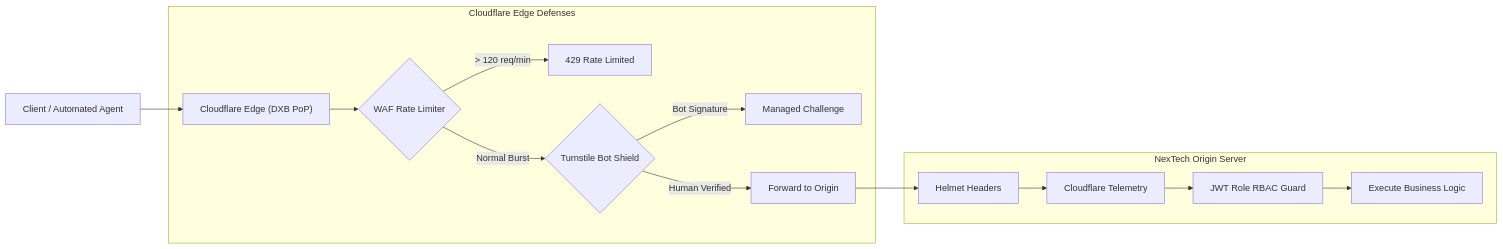
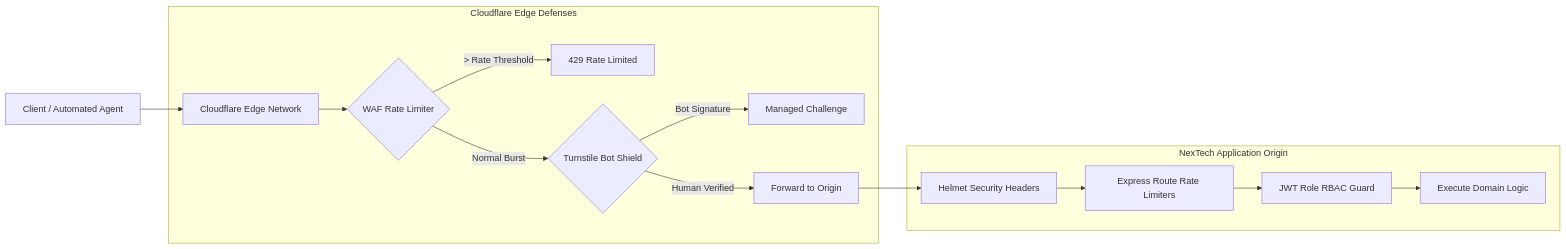
Before and after one commit to gl1tch0x1/NexTechSystem: the third of 8 diagrams in README.md, drawn with Mermaid. The commit also changed other lines of this file, not shown here.

````diff
--- a/README.md
+++ b/README.md
@@ -196,19 +203,19 @@
 ```mermaid
 graph LR
-    CLIENT["Client / Automated Agent"] --> CF_EDGE["Cloudflare Edge (DXB PoP)"]
+    CLIENT["Client / Automated Agent"] --> CF_EDGE["Cloudflare Edge Network"]
     
     subgraph Cloudflare_Defense["Cloudflare Edge Defenses"]
         CF_EDGE --> WAF_CHECK{"WAF Rate Limiter"}
-        WAF_CHECK -- "> 120 req/min" --> BLOCK["429 Rate Limited"]
+        WAF_CHECK -- "> Rate Threshold" --> BLOCK["429 Rate Limited"]
         WAF_CHECK -- "Normal Burst" --> BOT_CHECK{"Turnstile Bot Shield"}
         BOT_CHECK -- "Bot Signature" --> CHALLENGE["Managed Challenge"]
         BOT_CHECK -- "Human Verified" --> PASS["Forward to Origin"]
     end
 
-    subgraph Origin_Server["NexTech Origin Server"]
-        PASS --> HELMET["Helmet Headers"]
-        HELMET --> CF_MIDDLEWARE["Cloudflare Telemetry"]
-        CF_MIDDLEWARE --> JWT_GUARD["JWT Role RBAC Guard"]
-        JWT_GUARD --> API_LOGIC["Execute Business Logic"]
+    subgraph Origin_Server["NexTech Application Origin"]
+        PASS --> HELMET["Helmet Security Headers"]
+        HELMET --> RATE_LIMIT["Express Route Rate Limiters"]
+        RATE_LIMIT --> JWT_GUARD["JWT Role RBAC Guard"]
+        JWT_GUARD --> API_LOGIC["Execute Domain Logic"]
     end
 ```
````
